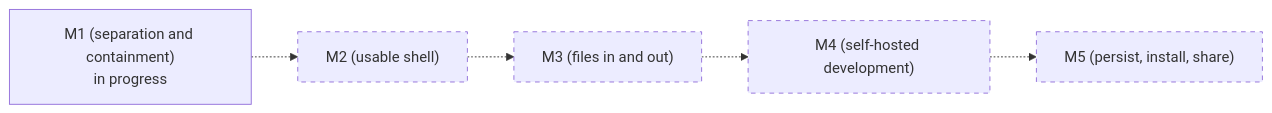
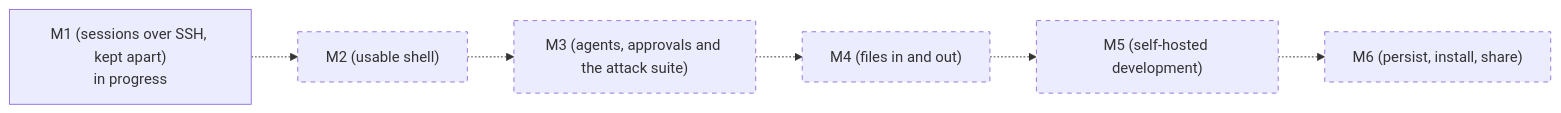
Before and after one commit to sirmick/redoubt: the fifth of 5 diagrams in docs/TOUR.md, drawn with Mermaid. The commit also changed other lines of this file and 58 other files, not shown here.

````diff
--- a/docs/TOUR.md
+++ b/docs/TOUR.md
@@ -120,11 +122,12 @@
 ```mermaid
 flowchart LR
-    m1["M1 (separation and containment)<br/>in progress"]
+    m1["M1 (sessions over SSH, kept apart)<br/>in progress"]
     m2["M2 (usable shell)"]
-    m3["M3 (files in and out)"]
-    m4["M4 (self-hosted development)"]
-    m5["M5 (persist, install, share)"]
-    m1 -.-> m2 -.-> m3 -.-> m4 -.-> m5
+    m3["M3 (agents, approvals and the attack suite)"]
+    m4["M4 (files in and out)"]
+    m5["M5 (self-hosted development)"]
+    m6["M6 (persist, install, share)"]
+    m1 -.-> m2 -.-> m3 -.-> m4 -.-> m5 -.-> m6
     classDef planned stroke-dasharray: 5 5
-    class m2,m3,m4,m5 planned
+    class m2,m3,m4,m5,m6 planned
 ```
````
